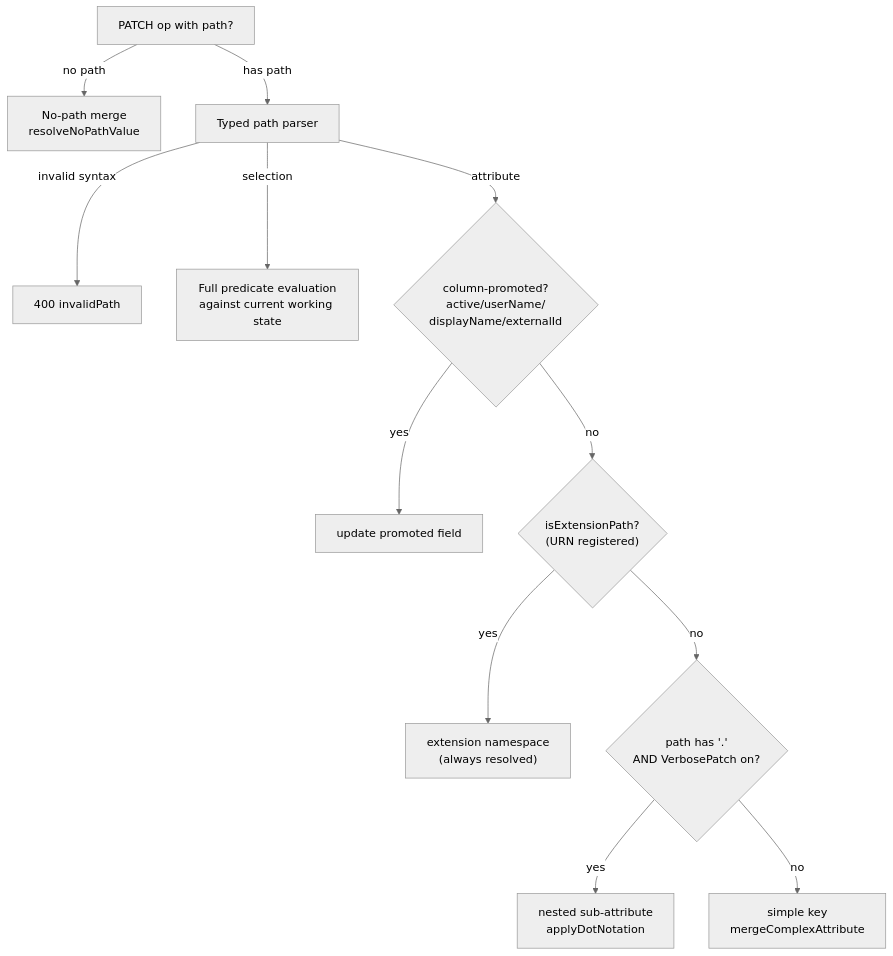
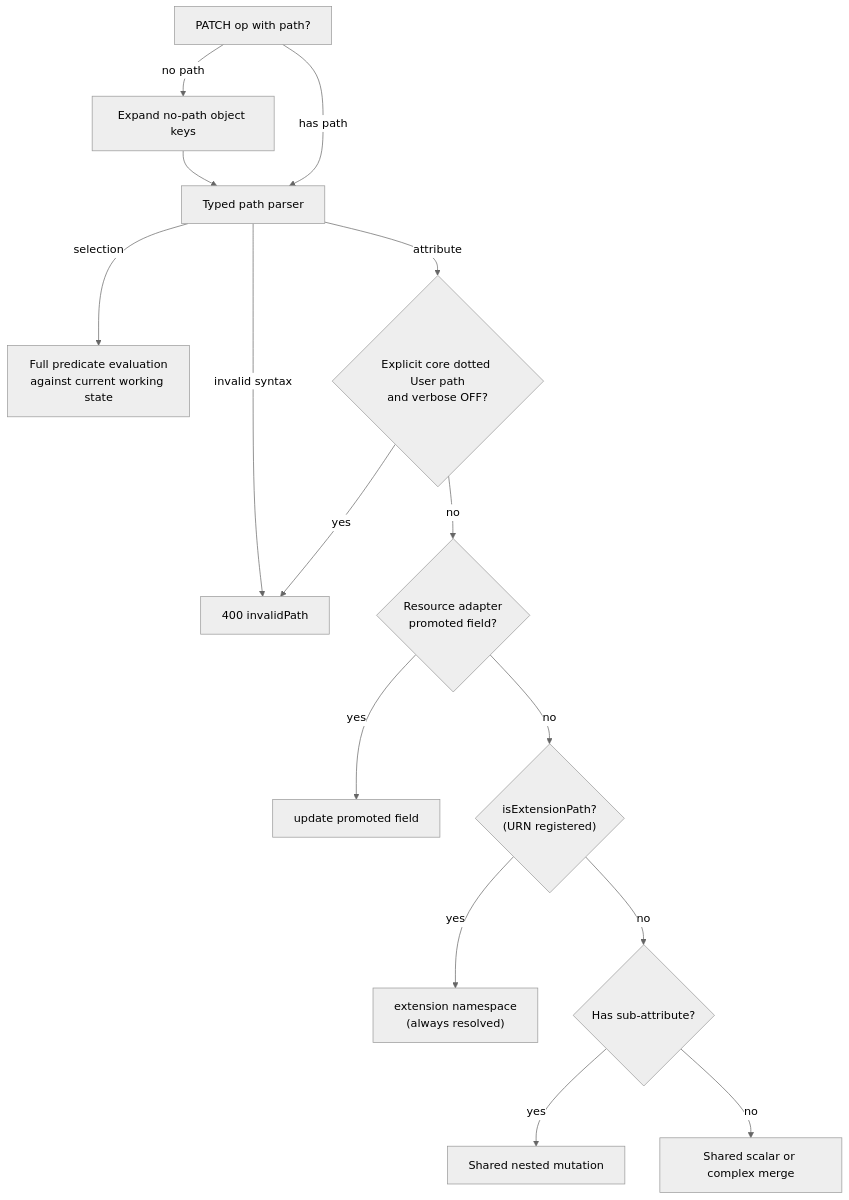
One commit to pranems/SCIMServer changed the third of 4 diagrams in docs/PATCH_OPERATIONS_COMPLETE_GUIDE.md. Above: the diagram before and after it, drawn with Mermaid (neutral theme). The commit also changed other lines of this file and 23 other files, not shown here.

````diff
--- a/docs/PATCH_OPERATIONS_COMPLETE_GUIDE.md
+++ b/docs/PATCH_OPERATIONS_COMPLETE_GUIDE.md
@@ -218,14 +227,17 @@
 ```mermaid
 flowchart TD
-    P["PATCH op with path?"] -->|no path| NP["No-path merge<br/>resolveNoPathValue"]
+    P["PATCH op with path?"] -->|no path| NP["Expand no-path object keys"]
+    NP --> PARSE
     P -->|has path| PARSE["Typed path parser"]
     PARSE -->|"invalid syntax"| ERR["400 invalidPath"]
     PARSE -->|"selection"| VPH["Full predicate evaluation<br/>against current working state"]
-    PARSE -->|"attribute"| COL{"column-promoted?<br/>active/userName/<br/>displayName/externalId"}
+    PARSE -->|"attribute"| GATE{"Explicit core dotted User path<br/>and verbose OFF?"}
+    GATE -->|"yes"| ERR
+    GATE -->|"no"| COL{"Resource adapter<br/>promoted field?"}
     COL -->|yes| COLH["update promoted field"]
     COL -->|no| EXT{"isExtensionPath?<br/>(URN registered)"}
     EXT -->|yes| EXTH["extension namespace<br/>(always resolved)"]
-    EXT -->|no| DOT{"path has '.'<br/>AND VerbosePatch on?"}
-    DOT -->|yes| DOTH["nested sub-attribute<br/>applyDotNotation"]
-    DOT -->|no| SIMP["simple key<br/>mergeComplexAttribute"]
+    EXT -->|no| DOT{"Has sub-attribute?"}
+    DOT -->|yes| DOTH["Shared nested mutation"]
+    DOT -->|no| SIMP["Shared scalar or complex merge"]
 ```
````
